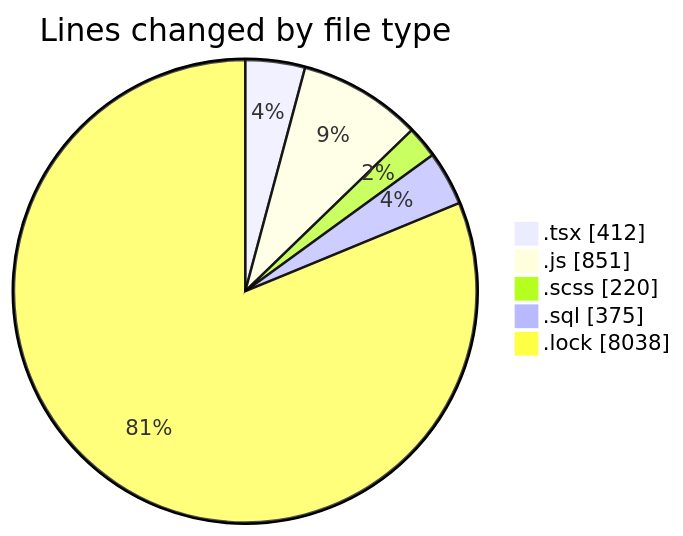
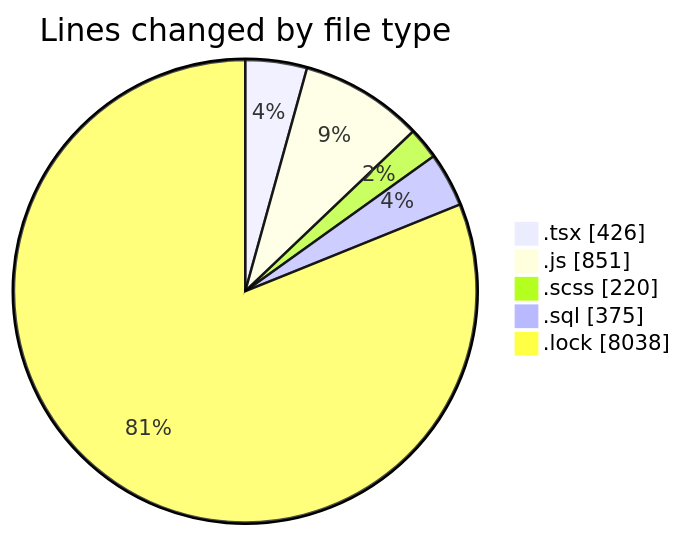
The first of 2 diagrams in 2025-03-18/cda/README.md (momahboobian/code-tracking), drawn with Mermaid before and after one commit. The commit also changed other lines of this file and 1 other file, not shown here.

````diff
--- a/2025-03-18/cda/README.md
+++ b/2025-03-18/cda/README.md
@@ -30,9 +30,9 @@
 ```mermaid
 pie showData
 title Lines changed by file type
-".tsx" : 412
+".tsx" : 426
 ".js" : 851
 ".scss" : 220
 ".sql" : 375
 ".lock" : 8038
 ```
````
